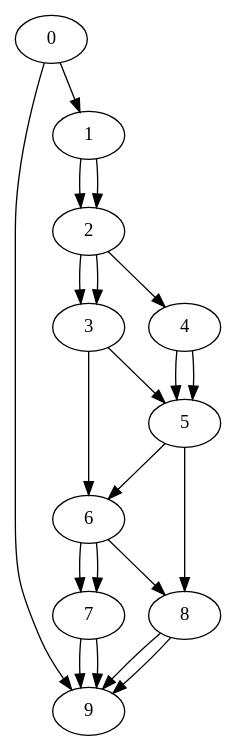
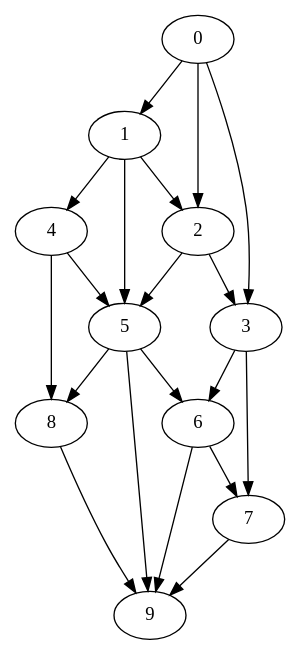
One commit to nox-x/finder changed the diagram in dot/graph09b.txt.dot. Above: the diagram before and after it, drawn with Graphviz. The commit also changed 23 other files, not shown here.

```diff
--- a/dot/graph09b.txt.dot
+++ b/dot/graph09b.txt.dot
@@ -1,12 +1,21 @@
 digraph G {
-0 -> 9
-0 -> 1 -> 2 -> 3
-1 -> 2 -> 4 -> 5
-2 -> 3 -> 5
-3 -> 6 -> 7
-4 -> 5 -> 8
-5 -> 6 -> 8 -> 9
-6 -> 7 -> 9
+0 -> 1
+0 -> 2
+0 -> 3
+1 -> 2
+1 -> 4
+1 -> 5
+2 -> 3
+2 -> 5
+3 -> 6
+3 -> 7
+4 -> 5
+4 -> 8
+5 -> 6
+5 -> 8
+5 -> 9
+6 -> 7
+6 -> 9
 7 -> 9
 8 -> 9
-9}
+}
```
